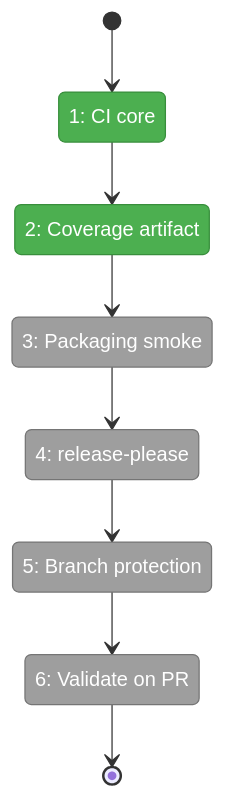
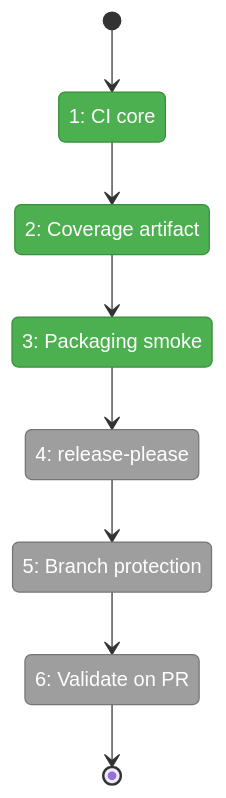
Before and after one commit to AI-Substrate/harness-engineering: the first of 2 diagrams in docs/plans/004-harness-core/tasks/phase-3-ci-release-automation-branch-protection/tasks.fltplan.md, drawn with Mermaid. The commit also changed other lines of this file and 3 other files, not shown here.

````diff
--- a/docs/plans/004-harness-core/tasks/phase-3-ci-release-automation-branch-protection/tasks.fltplan.md
+++ b/docs/plans/004-harness-core/tasks/phase-3-ci-release-automation-branch-protection/tasks.fltplan.md
@@ -38,25 +38,25 @@
 ```mermaid
 stateDiagram-v2
     classDef pending fill:#9E9E9E,stroke:#757575,color:#fff
     classDef active fill:#FFC107,stroke:#FFA000,color:#000
     classDef done fill:#4CAF50,stroke:#388E3C,color:#fff
     classDef blocked fill:#F44336,stroke:#D32F2F,color:#fff
 
     state "1: CI core" as S1
     state "2: Coverage artifact" as S2
     state "3: Packaging smoke" as S3
     state "4: release-please" as S4
     state "5: Branch protection" as S5
     state "6: Validate on PR" as S6
 
     [*] --> S1
     S1 --> S2
     S2 --> S3
     S3 --> S4
     S4 --> S5
     S5 --> S6
     S6 --> [*]
 
-    class S1,S2 done
-    class S3,S4,S5,S6 pending
+    class S1,S2,S3 done
+    class S4,S5,S6 pending
 ```
````
